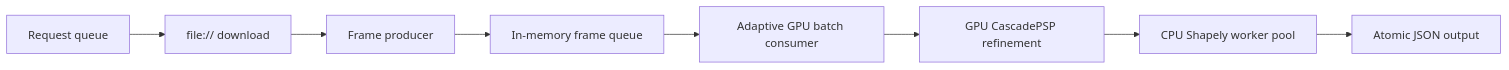
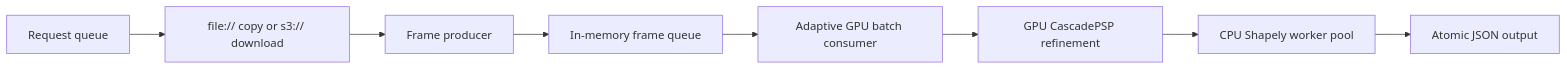
The diagram in README.md (wake-inc/wake_hands_segmentation_worker), drawn with Mermaid before and after one commit. The commit also changed other lines of this file and 38 other files, not shown here.

````diff
--- a/README.md
+++ b/README.md
@@ -97,10 +97,10 @@
 ```mermaid
 flowchart LR
-    R[Request queue] --> D[file:// download]
+    R[Request queue] --> D[file:// copy or s3:// download]
     D --> P[Frame producer]
     P --> Q[In-memory frame queue]
     Q --> G[Adaptive GPU batch consumer]
     G --> F[GPU CascadePSP refinement]
     F --> C[CPU Shapely worker pool]
     C --> J[Atomic JSON output]
 ```
````
